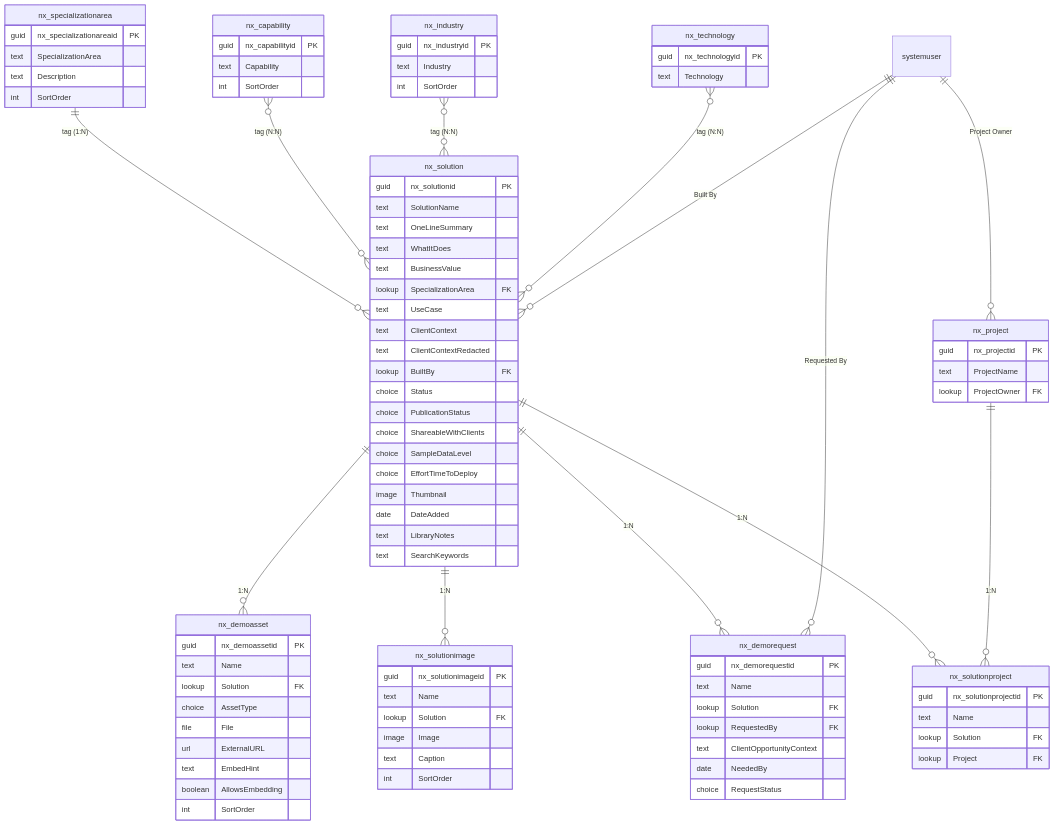
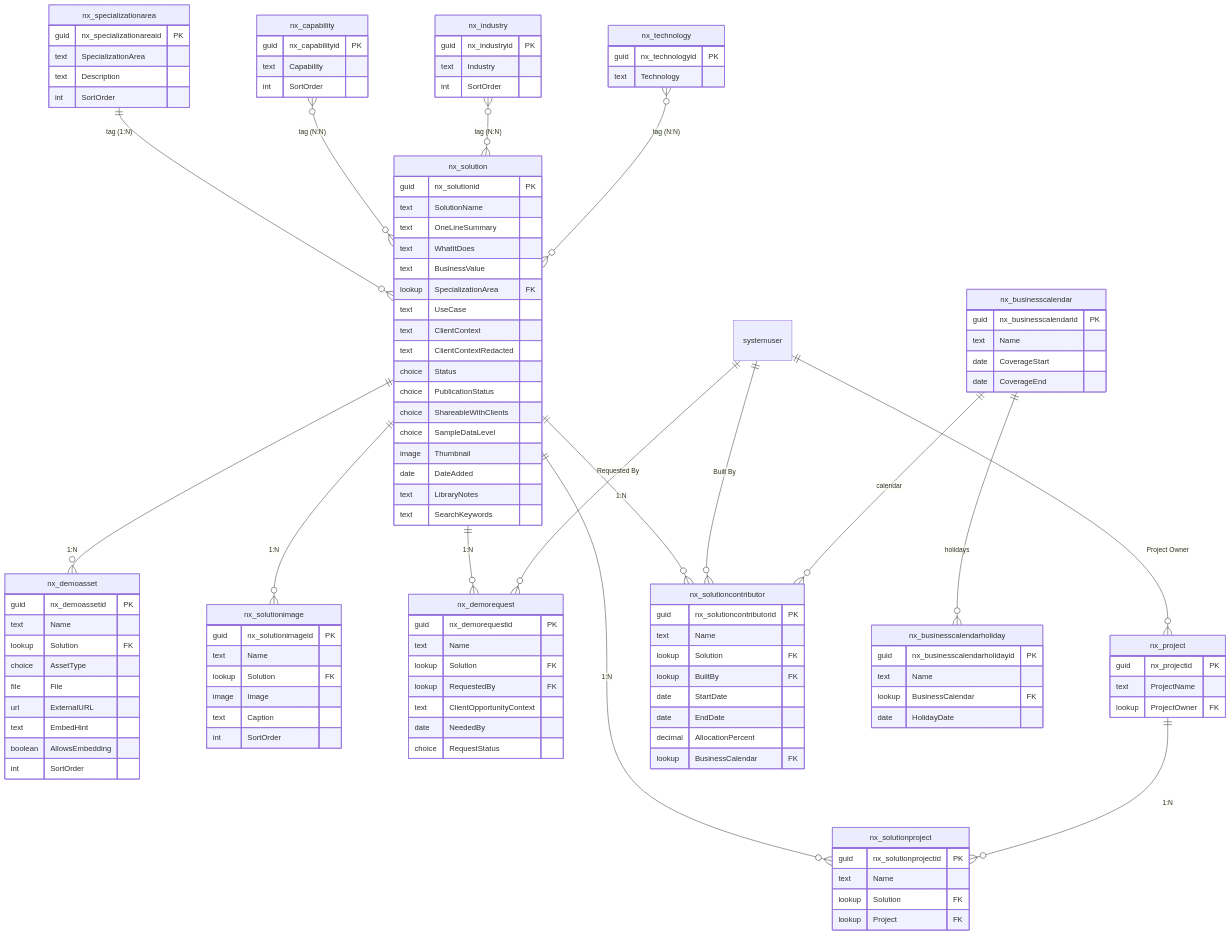
Before and after one commit to lpreciado-nextant/PRISMA: the first of 3 diagrams in docs/data_model/SchemaV2.md, drawn with Mermaid. The commit also changed other lines of this file and 15 other files, not shown here.

Commit message:
docs: synchronize schemas and contributor effort guidance

```diff
--- a/docs/data_model/SchemaV2.md
+++ b/docs/data_model/SchemaV2.md
@@ -28,7 +31,10 @@
     nx_solution ||--o{ nx_demorequest : "1:N"
     nx_solution ||--o{ nx_solutionproject : "1:N"
     nx_project ||--o{ nx_solutionproject : "1:N"
-    systemuser ||--o{ nx_solution : "Built By"
+    nx_solution ||--o{ nx_solutioncontributor : "1:N"
+    systemuser ||--o{ nx_solutioncontributor : "Built By"
+    nx_businesscalendar ||--o{ nx_solutioncontributor : "calendar"
+    nx_businesscalendar ||--o{ nx_businesscalendarholiday : "holidays"
     systemuser ||--o{ nx_demorequest : "Requested By"
     systemuser ||--o{ nx_project : "Project Owner"
 
@@ -42,12 +48,10 @@
         text UseCase
         text ClientContext
         text ClientContextRedacted
-        lookup BuiltBy FK
         choice Status
         choice PublicationStatus
         choice ShareableWithClients
         choice SampleDataLevel
-        choice EffortTimeToDeploy
         image Thumbnail
         date DateAdded
         text LibraryNotes
@@ -58,6 +62,28 @@
         text SpecializationArea
         text Description
         int SortOrder
+    }
+    nx_solutioncontributor {
+        guid nx_solutioncontributorid PK
+        text Name
+        lookup Solution FK
+        lookup BuiltBy FK
+        date StartDate
+        date EndDate
+        decimal AllocationPercent
+        lookup BusinessCalendar FK
+    }
+    nx_businesscalendar {
+        guid nx_businesscalendarid PK
+        text Name
+        date CoverageStart
+        date CoverageEnd
+    }
+    nx_businesscalendarholiday {
+        guid nx_businesscalendarholidayid PK
+        text Name
+        lookup BusinessCalendar FK
+        date HolidayDate
     }
     nx_capability {
         guid nx_capabilityid PK
```
